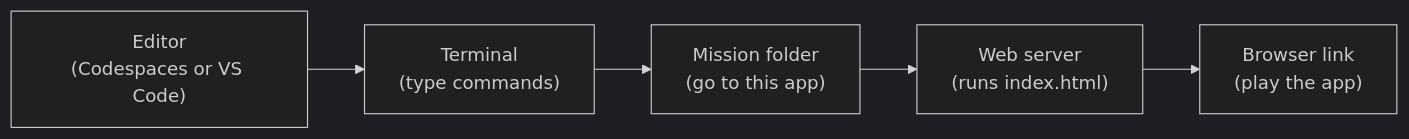
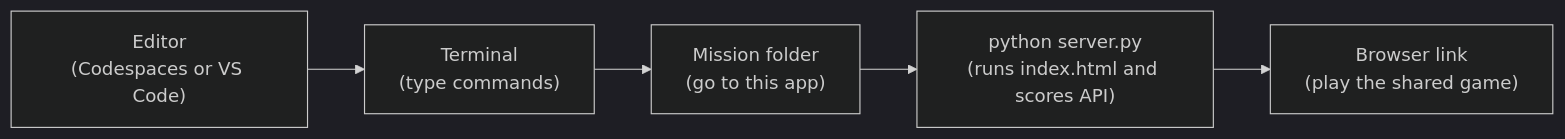
The first of 6 diagrams in missions/01-ReactionRace-nP/docs/MISSION_GUIDE.md (Mr-PI-Bala/SPRK-Hello-Repo), drawn with Mermaid (dark theme) before and after one commit. The commit also changed other lines of this file and 5 other files, not shown here.

````diff
--- a/missions/01-ReactionRace-nP/docs/MISSION_GUIDE.md
+++ b/missions/01-ReactionRace-nP/docs/MISSION_GUIDE.md
@@ -50,7 +56,7 @@
 ```mermaid
 flowchart LR
     A["Editor<br/>(Codespaces or VS Code)"] --> B["Terminal<br/>(type commands)"]
     B --> C["Mission folder<br/>(go to this app)"]
-    C --> D["Web server<br/>(runs index.html)"]
-    D --> E["Browser link<br/>(play the app)"]
+    C --> D["python server.py<br/>(runs index.html and scores API)"]
+    D --> E["Browser link<br/>(play the shared game)"]
 ```
````
